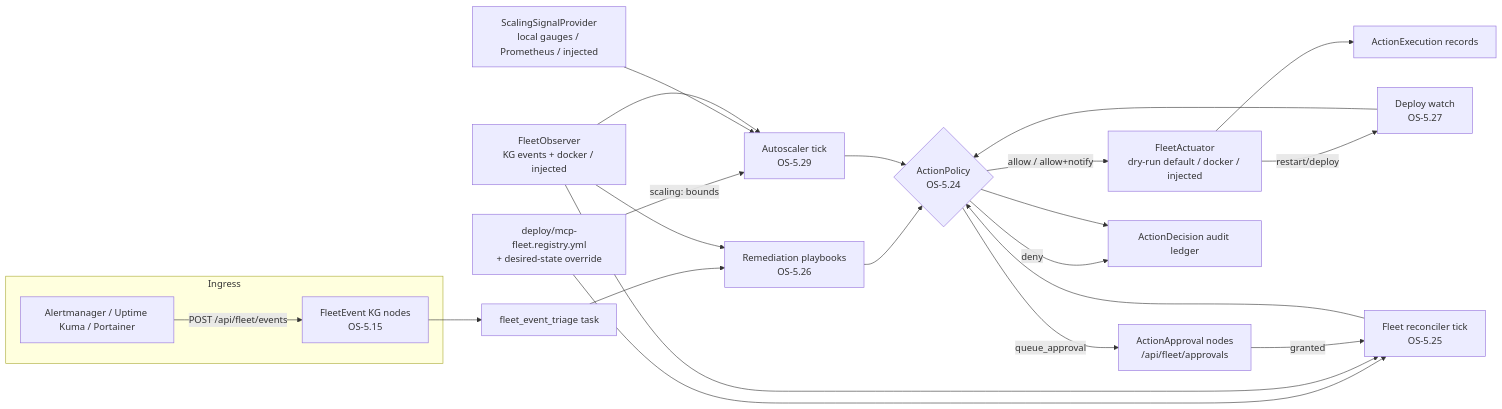
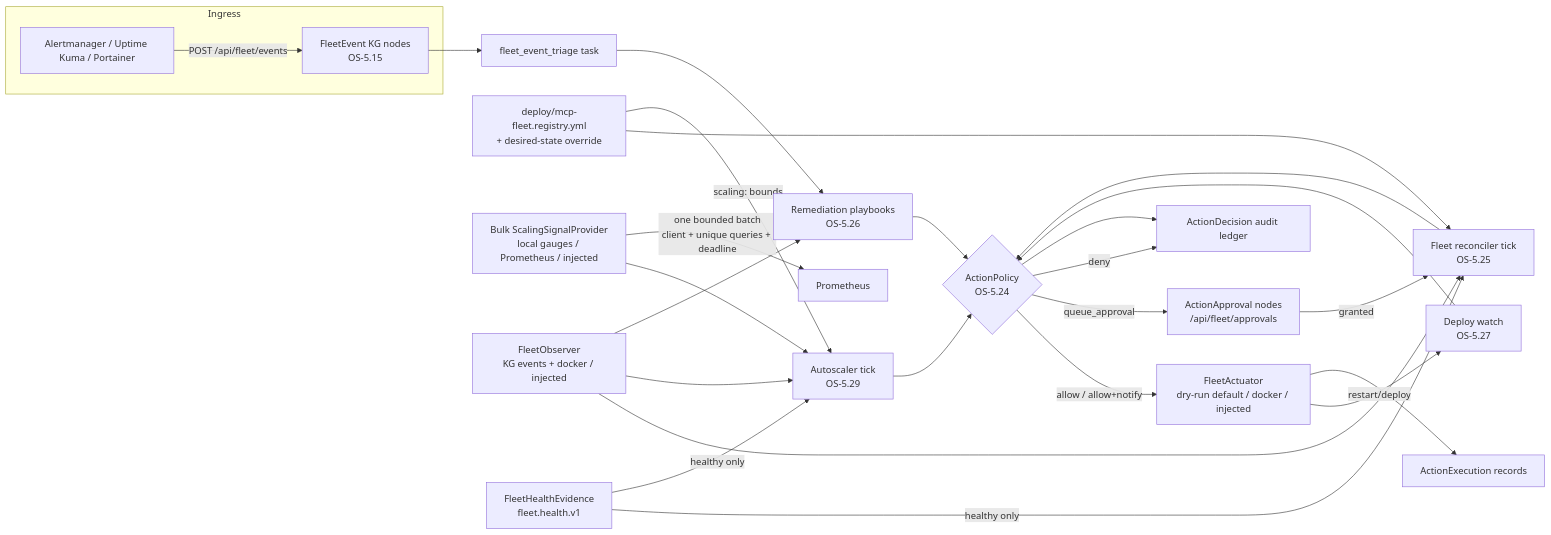
One commit to Knuckles-Team/agent-utilities changed the first of 2 diagrams in docs/architecture/fleet_autonomy.md. Above: the diagram before and after it, drawn with Mermaid. The commit also changed other lines of this file and 233 other files, not shown here.

````diff
--- a/docs/architecture/fleet_autonomy.md
+++ b/docs/architecture/fleet_autonomy.md
@@ -7,25 +7,28 @@
 ```mermaid
 flowchart LR
     subgraph Ingress
         AM[Alertmanager / Uptime Kuma / Portainer] -->|POST /api/fleet/events| FE[FleetEvent KG nodes\nOS-5.15]
     end
     FE --> TR[fleet_event_triage task]
     TR --> PB[Remediation playbooks\nOS-5.26]
     REG[deploy/mcp-fleet.registry.yml\n+ desired-state override] --> RC[Fleet reconciler tick\nOS-5.25]
     REG -->|scaling: bounds| AS[Autoscaler tick\nOS-5.29]
-    SIG[ScalingSignalProvider\nlocal gauges / Prometheus / injected] --> AS
+    SIG[Bulk ScalingSignalProvider\nlocal gauges / Prometheus / injected] --> AS
+    SIG -->|one bounded batch\nclient + unique queries + deadline| PROM[Prometheus]
     OBS[FleetObserver\nKG events + docker / injected] --> RC
     OBS --> AS
     OBS --> PB
+    FH[FleetHealthEvidence\nfleet.health.v1] -->|healthy only| RC
+    FH -->|healthy only| AS
     PB --> AP{ActionPolicy\nOS-5.24}
     RC --> AP
     AS --> AP
     DW[Deploy watch\nOS-5.27] --> AP
     AP -->|allow / allow+notify| ACT[FleetActuator\ndry-run default / docker / injected]
     AP -->|queue_approval| APQ[ActionApproval nodes\n/api/fleet/approvals]
     AP -->|deny| AUD
     APQ -->|granted| RC
     ACT -->|restart/deploy| DW
     AP --> AUD[ActionDecision audit ledger]
     ACT --> EXE[ActionExecution records]
 ```
````
